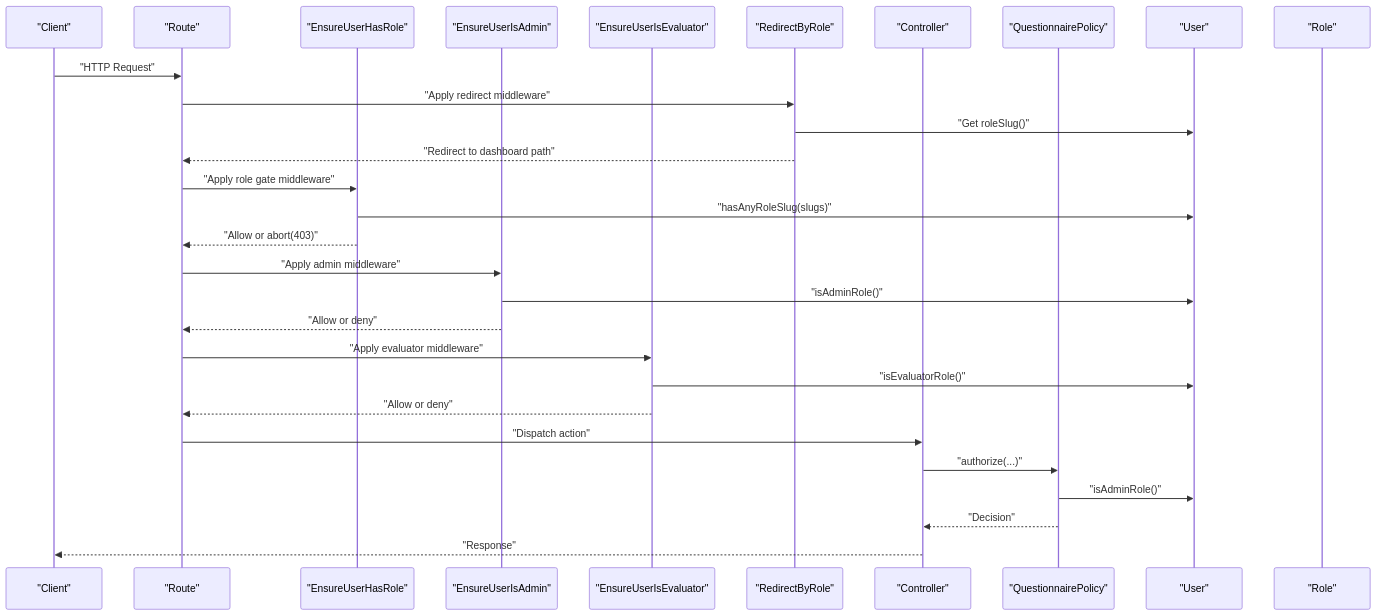
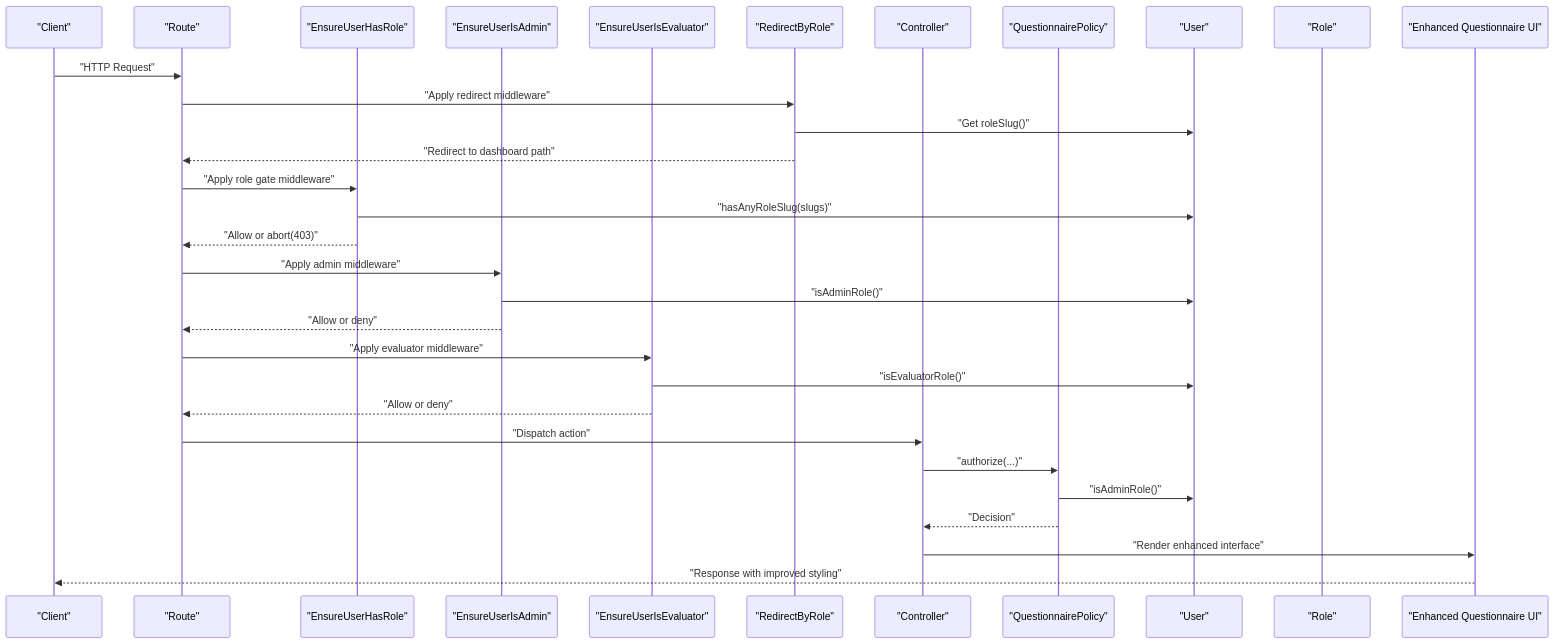
One commit to rudicatsmile/assesment360 changed the second of 6 diagrams in .qoder/repowiki/en/content/Role-Based Access Control/Role-Based Access Control.md. Above: the diagram before and after it, drawn with Mermaid. The commit also changed other lines of this file and 5 other files, not shown here.

````diff
--- a/.qoder/repowiki/en/content/Role-Based Access Control/Role-Based Access Control.md
+++ b/.qoder/repowiki/en/content/Role-Based Access Control/Role-Based Access Control.md
@@ -128,31 +146,33 @@
 ```mermaid
 sequenceDiagram
 participant Client as "Client"
 participant Route as "Route"
 participant MW_HasRole as "EnsureUserHasRole"
 participant MW_Admin as "EnsureUserIsAdmin"
 participant MW_Evaluator as "EnsureUserIsEvaluator"
 participant MW_Redirect as "RedirectByRole"
 participant Controller as "Controller"
 participant Policy as "QuestionnairePolicy"
 participant User as "User"
 participant Role as "Role"
+participant QuestionnaireUI as "Enhanced Questionnaire UI"
 Client->>Route : "HTTP Request"
 Route->>MW_Redirect : "Apply redirect middleware"
 MW_Redirect->>User : "Get roleSlug()"
 MW_Redirect-->>Route : "Redirect to dashboard path"
 Route->>MW_HasRole : "Apply role gate middleware"
 MW_HasRole->>User : "hasAnyRoleSlug(slugs)"
 MW_HasRole-->>Route : "Allow or abort(403)"
 Route->>MW_Admin : "Apply admin middleware"
 MW_Admin->>User : "isAdminRole()"
 MW_Admin-->>Route : "Allow or deny"
 Route->>MW_Evaluator : "Apply evaluator middleware"
 MW_Evaluator->>User : "isEvaluatorRole()"
 MW_Evaluator-->>Route : "Allow or deny"
 Route->>Controller : "Dispatch action"
 Controller->>Policy : "authorize(...)"
 Policy->>User : "isAdminRole()"
 Policy-->>Controller : "Decision"
-Controller-->>Client : "Response"
+Controller->>QuestionnaireUI : "Render enhanced interface"
+QuestionnaireUI-->>Client : "Response with improved styling"
 ```
````
